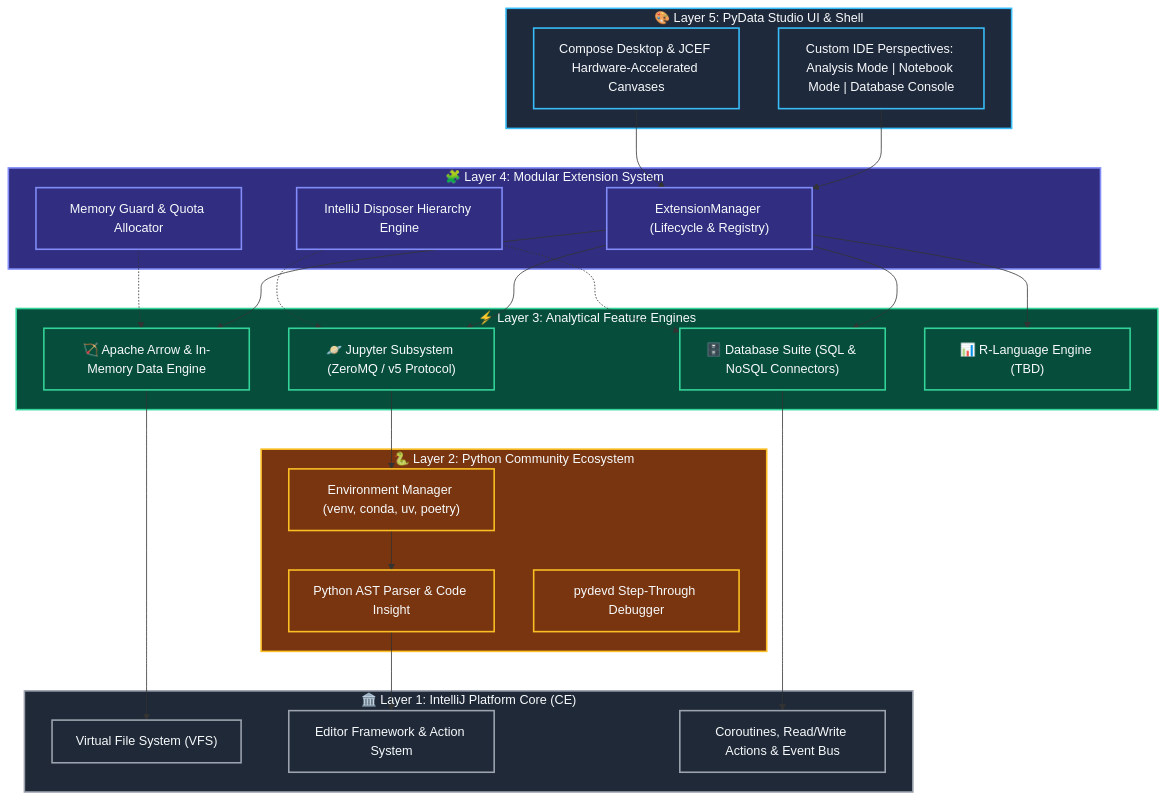
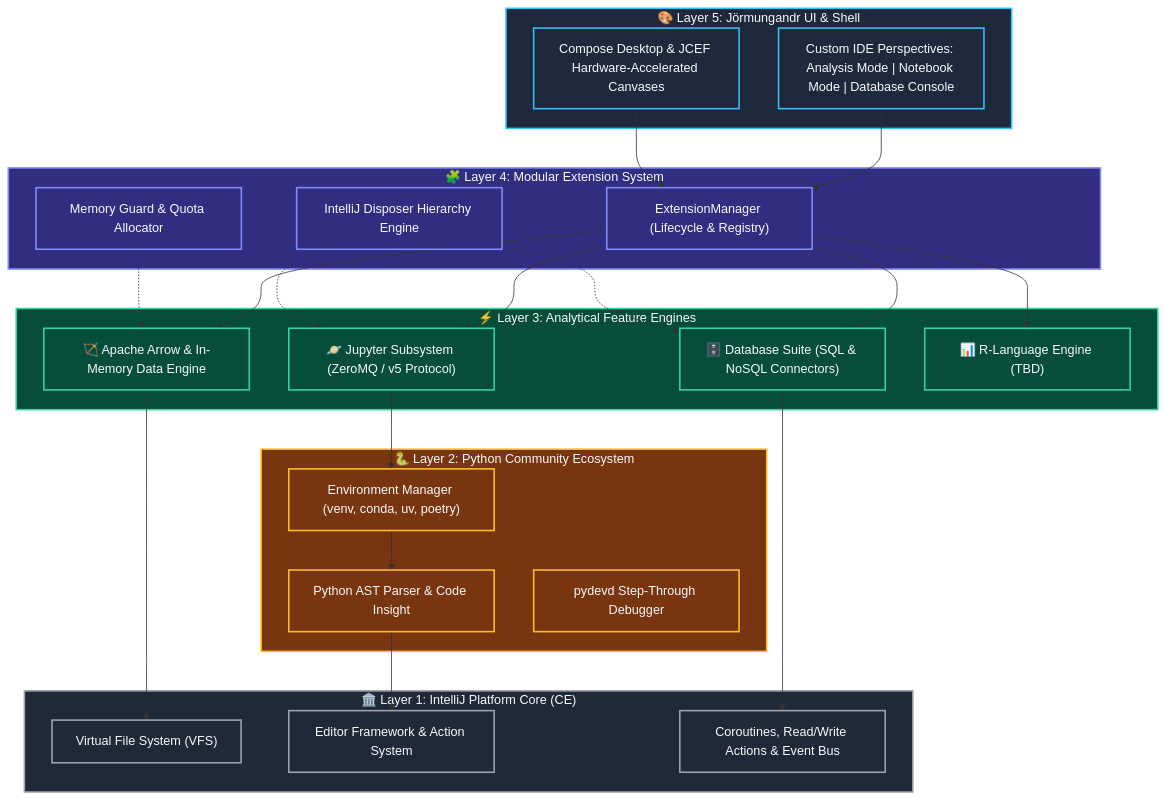
One commit to indoctrinatedrecluse/J-rmungandr changed the first of 4 diagrams in README.md. Above: the diagram before and after it, drawn with Mermaid. The commit also changed other lines of this file, not shown here.

Commit message:
docs: update branding to Jörmungandr and clarify WIP design mockups

````diff
--- a/README.md
+++ b/README.md
@@ -125,58 +125,58 @@
 ```mermaid
 flowchart TD
     classDef uiLayer fill:#1e293b,stroke:#38bdf8,stroke-width:2px,color:#f8fafc;
     classDef mgrLayer fill:#312e81,stroke:#818cf8,stroke-width:2px,color:#f8fafc;
     classDef featureLayer fill:#064e3b,stroke:#34d399,stroke-width:2px,color:#f8fafc;
     classDef pyLayer fill:#78350f,stroke:#fbbf24,stroke-width:2px,color:#f8fafc;
     classDef coreLayer fill:#1f2937,stroke:#9ca3af,stroke-width:2px,color:#f8fafc;
 
-    subgraph Layer5["🎨 Layer 5: PyData Studio UI & Shell"]
+    subgraph Layer5["🎨 Layer 5: Jörmungandr UI & Shell"]
         UI["Custom IDE Perspectives: Analysis Mode | Notebook Mode | Database Console"]
         UI_Widgets["Compose Desktop & JCEF Hardware-Accelerated Canvases"]
     end
     class Layer5,UI,UI_Widgets uiLayer;
 
     subgraph Layer4["🧩 Layer 4: Modular Extension System"]
         EM["ExtensionManager (Lifecycle & Registry)"]
         MG["Memory Guard & Quota Allocator"]
         DH["IntelliJ Disposer Hierarchy Engine"]
     end
     class Layer4,EM,MG,DH mgrLayer;
 
     subgraph Layer3["⚡ Layer 3: Analytical Feature Engines"]
         Jupyter["🪐 Jupyter Subsystem (ZeroMQ / v5 Protocol)"]
         DB["🗄️ Database Suite (SQL & NoSQL Connectors)"]
         Arrow["🏹 Apache Arrow & In-Memory Data Engine"]
         RLang["📊 R-Language Engine (TBD)"]
     end
     class Layer3,Jupyter,DB,Arrow,RLang featureLayer;
 
     subgraph Layer2["🐍 Layer 2: Python Community Ecosystem"]
         PyEnv["Environment Manager (venv, conda, uv, poetry)"]
         PyPSI["Python AST Parser & Code Insight"]
         PyDebug["pydevd Step-Through Debugger"]
     end
     class Layer2,PyEnv,PyPSI,PyDebug pyLayer;
 
     subgraph Layer1["🏛️ Layer 1: IntelliJ Platform Core (CE)"]
         VFS["Virtual File System (VFS)"]
         Editor["Editor Framework & Action System"]
         Async["Coroutines, Read/Write Actions & Event Bus"]
     end
     class Layer1,VFS,Editor,Async coreLayer;
 
     UI --> EM
     UI_Widgets --> EM
     EM --> Jupyter
     EM --> DB
     EM --> Arrow
     EM --> RLang
     MG -.-> Arrow
     DH -.-> Jupyter
     DH -.-> DB
     Jupyter --> PyEnv
     PyEnv --> PyPSI
     PyPSI --> Editor
     DB --> Async
     Arrow --> VFS
 ```
````
